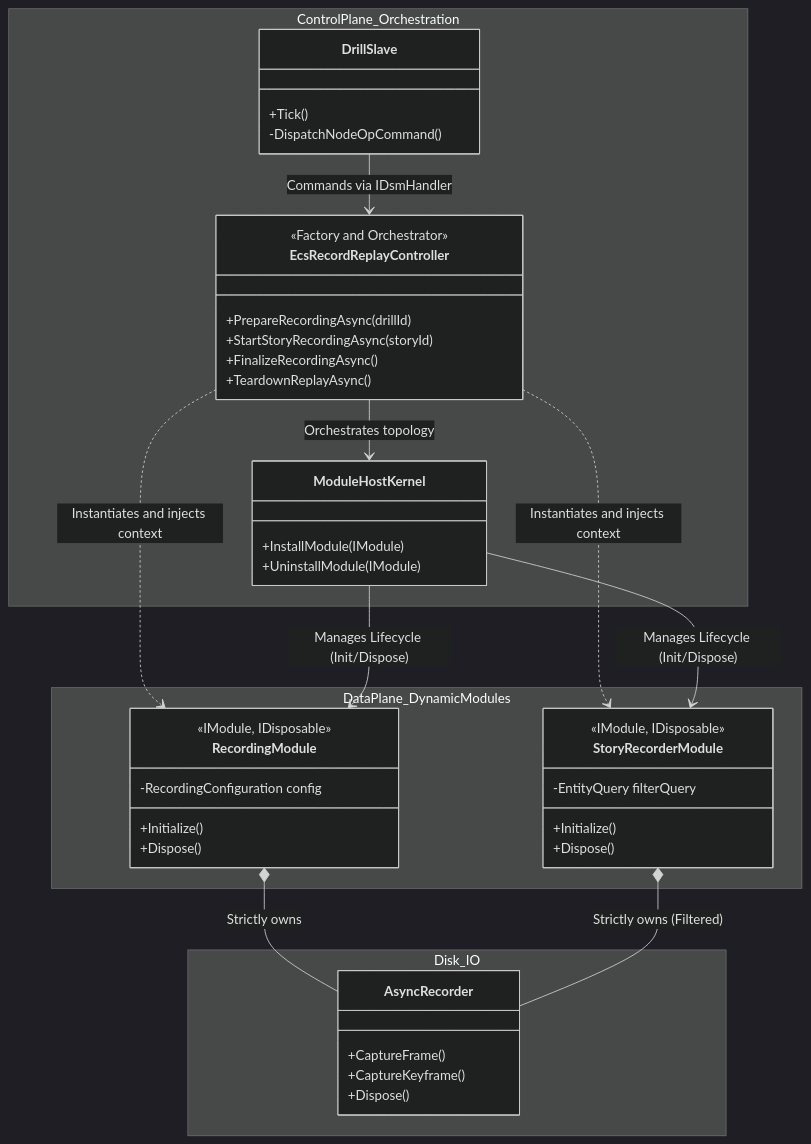
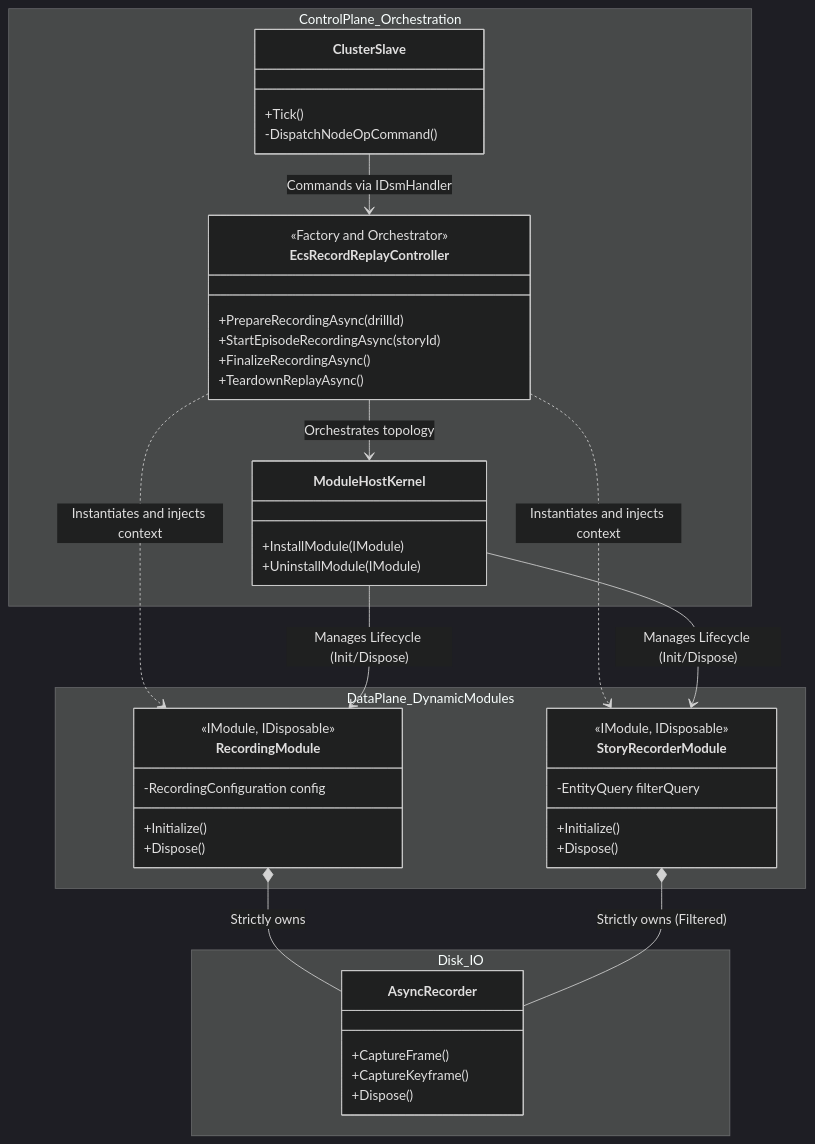
Before and after one commit to pjanec/HROT: the fifth of 11 diagrams in .dev/cgf-1/mgmt-DESIGN.md, drawn with Mermaid (dark theme). The commit also changed other lines of this file and 1539 other files, not shown here.

````diff
--- a/.dev/cgf-1/mgmt-DESIGN.md
+++ b/.dev/cgf-1/mgmt-DESIGN.md
@@ -1948,55 +1948,55 @@
 ```mermaid
 classDiagram
     direction TB
 
     namespace ControlPlane_Orchestration {
-        class DrillSlave {
+        class ClusterSlave {
             +Tick()
             -DispatchNodeOpCommand()
         }
         class EcsRecordReplayController {
             <<Factory and Orchestrator>>
             +PrepareRecordingAsync(drillId)
-            +StartStoryRecordingAsync(storyId)
+            +StartEpisodeRecordingAsync(storyId)
             +FinalizeRecordingAsync()
             +TeardownReplayAsync()
         }
         class ModuleHostKernel {
             +InstallModule(IModule)
             +UninstallModule(IModule)
         }
     }
 
     namespace DataPlane_DynamicModules {
         class RecordingModule {
             <<IModule, IDisposable>>
             -RecordingConfiguration config
             +Initialize()
             +Dispose()
         }
         class StoryRecorderModule {
             <<IModule, IDisposable>>
             -EntityQuery filterQuery
             +Initialize()
             +Dispose()
         }
     }
 
     namespace Disk_IO {
         class AsyncRecorder {
             +CaptureFrame()
             +CaptureKeyframe()
             +Dispose()
         }
     }
 
-    DrillSlave --> EcsRecordReplayController : Commands via IDsmHandler
+    ClusterSlave --> EcsRecordReplayController : Commands via IDsmHandler
     EcsRecordReplayController ..> RecordingModule : Instantiates and injects context
     EcsRecordReplayController ..> StoryRecorderModule : Instantiates and injects context
     EcsRecordReplayController --> ModuleHostKernel : Orchestrates topology
     ModuleHostKernel --> RecordingModule : Manages Lifecycle (Init/Dispose)
     ModuleHostKernel --> StoryRecorderModule : Manages Lifecycle (Init/Dispose)
 
     RecordingModule *-- AsyncRecorder : Strictly owns
     StoryRecorderModule *-- AsyncRecorder : Strictly owns (Filtered)
 ```
````
